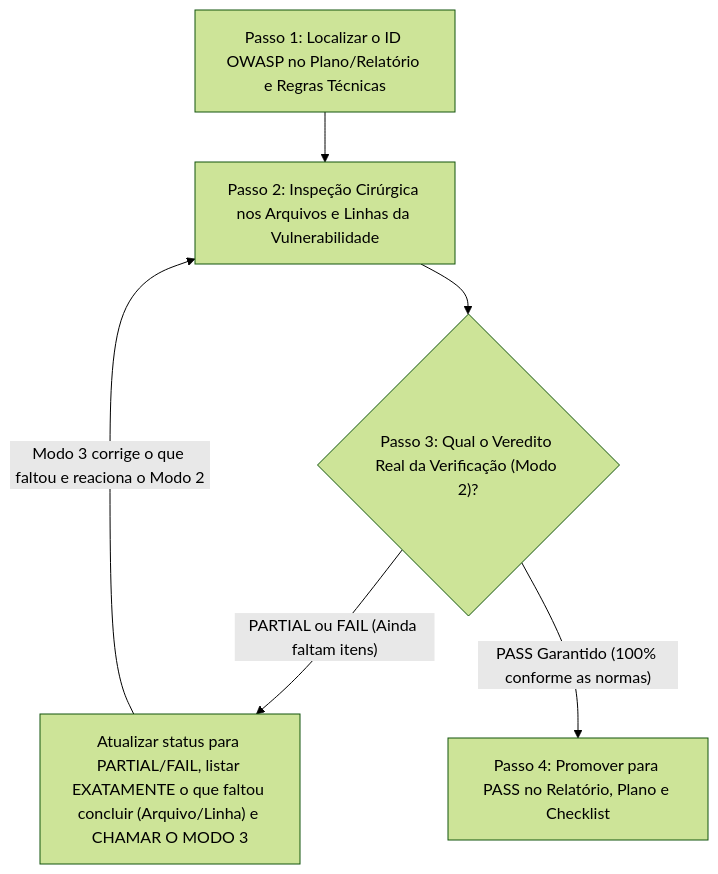
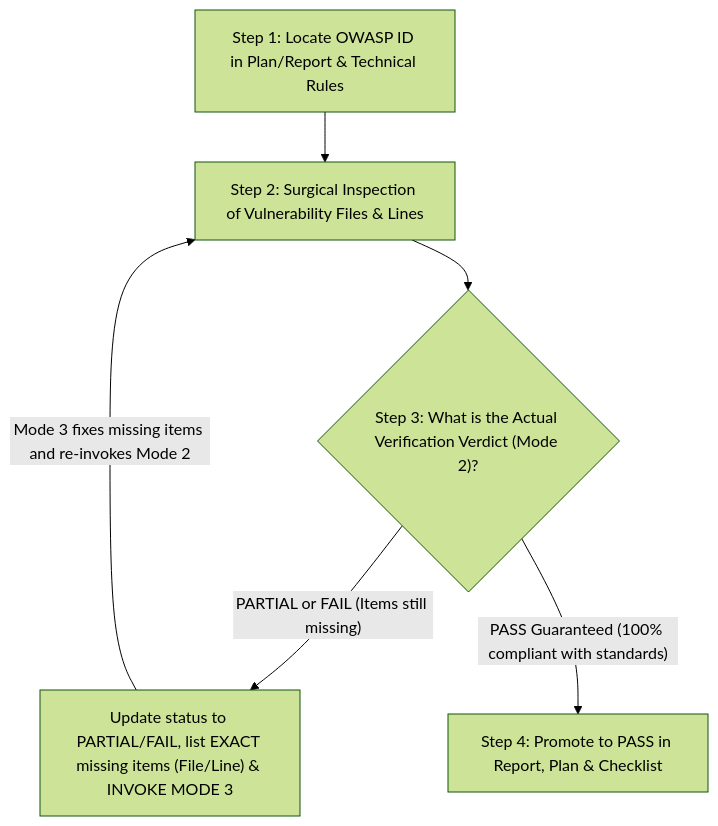
The third of 4 diagrams in .agents/skills/owasp-iot-auditor/SKILL.md (BrunoReiff/embed-sec-auditor), drawn with Mermaid (forest theme) before and after one commit. The commit also changed other lines of this file and 9 other files, not shown here.

````diff
--- a/.agents/skills/owasp-iot-auditor/SKILL.md
+++ b/.agents/skills/owasp-iot-auditor/SKILL.md
@@ -232,8 +232,8 @@
 ```mermaid
 flowchart TD
-    R1["Passo 1: Localizar o ID OWASP no Plano/Relatório e Regras Técnicas"] --> R2["Passo 2: Inspeção Cirúrgica nos Arquivos e Linhas da Vulnerabilidade"]
-    R2 --> R3{"Passo 3: Qual o Veredito Real da Verificação (Modo 2)?"}
-    R3 -->|"PARTIAL ou FAIL (Ainda faltam itens)"| R_LOOP["Atualizar status para PARTIAL/FAIL, listar EXATAMENTE o que faltou concluir (Arquivo/Linha) e CHAMAR O MODO 3"]
-    R_LOOP -->|"Modo 3 corrige o que faltou e reaciona o Modo 2"| R2
-    R3 -->|"PASS Garantido (100% conforme as normas)"| R4["Passo 4: Promover para PASS no Relatório, Plano e Checklist"]
+    R1["Step 1: Locate OWASP ID in Plan/Report & Technical Rules"] --> R2["Step 2: Surgical Inspection of Vulnerability Files & Lines"]
+    R2 --> R3{"Step 3: What is the Actual Verification Verdict (Mode 2)?"}
+    R3 -->|"PARTIAL or FAIL (Items still missing)"| R_LOOP["Update status to PARTIAL/FAIL, list EXACT missing items (File/Line) & INVOKE MODE 3"]
+    R_LOOP -->|"Mode 3 fixes missing items and re-invokes Mode 2"| R2
+    R3 -->|"PASS Guaranteed (100% compliant with standards)"| R4["Step 4: Promote to PASS in Report, Plan & Checklist"]
 ```
````
